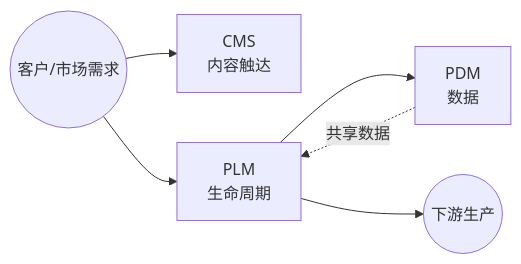
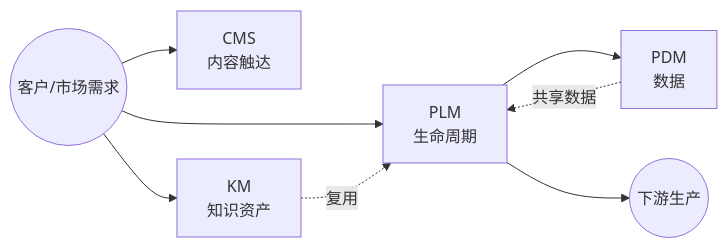
One commit to wb04307201/wb04307201 changed the diagram in note/08.application-systems/01-rd-innovation/README.md. Above: the diagram before and after it, drawn with Mermaid. The commit also changed other lines of this file and 1 other file, not shown here.

````diff
--- a/note/08.application-systems/01-rd-innovation/README.md
+++ b/note/08.application-systems/01-rd-innovation/README.md
@@ -16,8 +16,10 @@
 ```mermaid
 flowchart LR
     A((客户/市场需求)) --> B[CMS<br/>内容触达]
     A --> C[PLM<br/>生命周期]
+    A --> K[KM<br/>知识资产]
     C --> D[PDM<br/>数据]
     C --> E((下游生产))
     D -.共享数据.-> C
+    K -.复用.-> C
 ```
````
